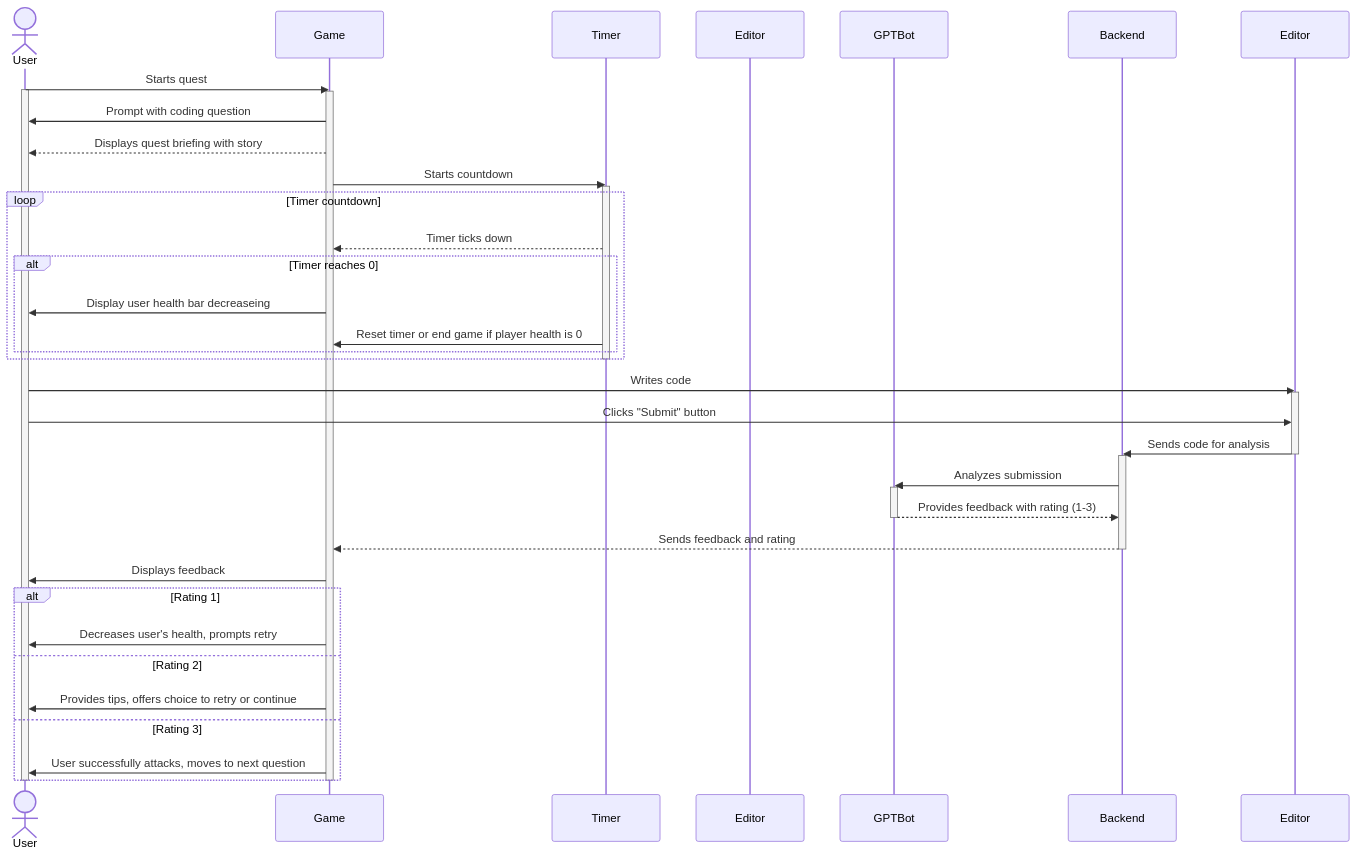
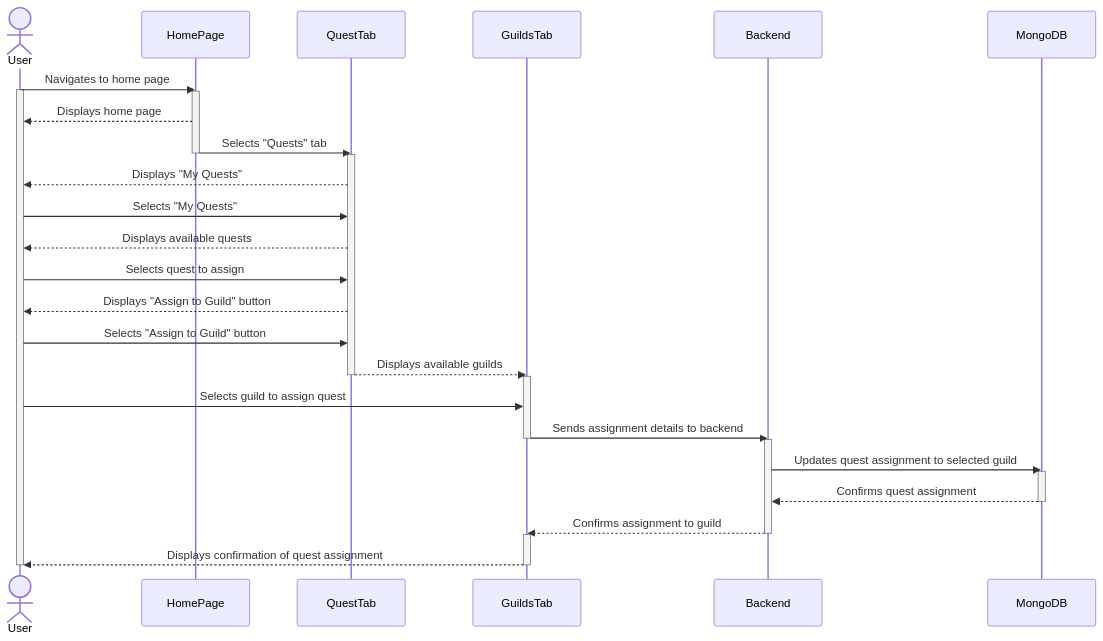
The ninth of 12 diagrams in documentation/docs/system-architecture/sequence-diagrams.md (capstone-projects-2024-fall/devs-and-dragons), drawn with Mermaid before and after one commit. The commit also changed other lines of this file, not shown here.

Commit message:
revert to original sequence diagrams

````diff
--- a/documentation/docs/system-architecture/sequence-diagrams.md
+++ b/documentation/docs/system-architecture/sequence-diagrams.md
@@ -295,53 +422,39 @@
 ```mermaid
 sequenceDiagram
     actor User
-    participant Game
-    participant Timer
-    participant CodeEditor as Editor
-    participant GPTBot
+    participant HomePage
+    participant QuestTab
+    participant GuildsTab
     participant Backend
-
-    User->>Game: Starts quest
+    participant Database as MongoDB
+    User->>HomePage: Navigates to home page
     activate User
-    activate Game
-    Game->>User: Prompt with coding question
-
-    Game-->>User: Displays quest briefing with story
-    Game->>Timer: Starts countdown
-    activate Timer
-    loop Timer countdown
-        Timer-->>Game: Timer ticks down
-        alt Timer reaches 0
-            Game->>User: Display user health bar decreaseing
-            Timer->>Game: Reset timer or end game if player health is 0
-        end
-    end
-    deactivate Timer
-    
-    User->>Editor: Writes code
-    activate Editor
-    User->>Editor: Clicks "Submit" button
-    Editor->>Backend: Sends code for analysis
-    deactivate Editor
-
+    activate HomePage
+    HomePage-->>User: Displays home page
+    HomePage->>QuestTab: Selects "Quests" tab
+    deactivate HomePage
+    activate QuestTab
+    QuestTab-->>User: Displays "My Quests"
+    User->>QuestTab: Selects "My Quests"
+    QuestTab-->>User: Displays available quests
+    User->>QuestTab: Selects quest to assign
+    QuestTab-->>User: Displays "Assign to Guild" button
+    User->>QuestTab: Selects "Assign to Guild" button
+    QuestTab-->>GuildsTab: Displays available guilds
+    deactivate QuestTab
+    activate GuildsTab
+    User->>GuildsTab: Selects guild to assign quest
+    GuildsTab->>Backend: Sends assignment details to backend
+    deactivate GuildsTab
     activate Backend
-    Backend->>GPTBot: Analyzes submission
-    activate GPTBot
-    GPTBot-->>Backend: Provides feedback with rating (1-3)
-    deactivate GPTBot
-
-    Backend-->>Game: Sends feedback and rating
+    Backend->>Database: Updates quest assignment to selected guild
+    activate Database
+    Database-->>Backend: Confirms quest assignment
+    deactivate Database
+    Backend-->>GuildsTab: Confirms assignment to guild
     deactivate Backend
-
-    Game->>User: Displays feedback
-    alt Rating 1
-        Game->>User: Decreases user's health, prompts retry
-    else Rating 2
-        Game->>User: Provides tips, offers choice to retry or continue
-    else Rating 3
-        Game->>User: User successfully attacks, moves to next question
-    end
-
-    deactivate Game
+    activate GuildsTab
+    GuildsTab-->>User: Displays confirmation of quest assignment
     deactivate User
+    deactivate GuildsTab
 ```
````
